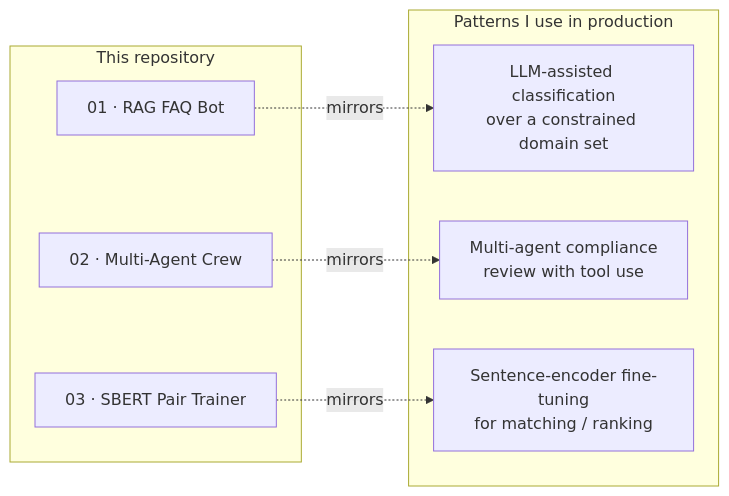
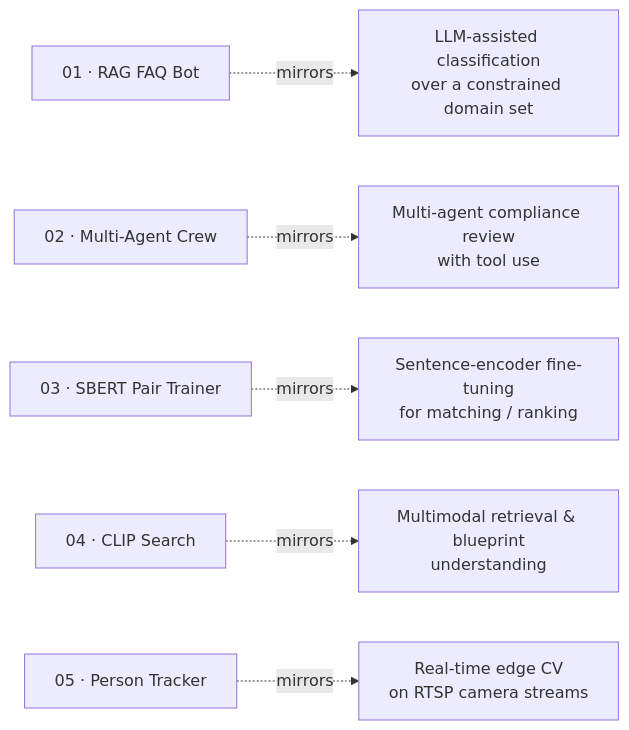
One commit to deepak1212194/ai-related-work changed the diagram in README.md. Above: the diagram before and after it, drawn with Mermaid. The commit also changed other lines of this file and 12 other files, not shown here.

Commit message:
Add CLIP image-text search and person tracker mini; update README to list all 5 projects

````diff
--- a/README.md
+++ b/README.md
@@ -84,18 +73,8 @@
 ```mermaid
 flowchart LR
-    subgraph Portfolio["This repository"]
-      P1[01 · RAG FAQ Bot]
-      P2[02 · Multi-Agent Crew]
-      P3[03 · SBERT Pair Trainer]
-    end
-
-    subgraph Production["Patterns I use in production"]
-      D1[LLM-assisted classification<br/>over a constrained domain set]
-      D2[Multi-agent compliance<br/>review with tool use]
-      D3[Sentence-encoder fine-tuning<br/>for matching / ranking]
-    end
-
-    P1 -.mirrors.-> D1
-    P2 -.mirrors.-> D2
-    P3 -.mirrors.-> D3
+    P1[01 · RAG FAQ Bot] -.mirrors.-> D1[LLM-assisted classification<br/>over a constrained domain set]
+    P2[02 · Multi-Agent Crew] -.mirrors.-> D2[Multi-agent compliance review<br/>with tool use]
+    P3[03 · SBERT Pair Trainer] -.mirrors.-> D3[Sentence-encoder fine-tuning<br/>for matching / ranking]
+    P4[04 · CLIP Search] -.mirrors.-> D4[Multimodal retrieval & blueprint<br/>understanding]
+    P5[05 · Person Tracker] -.mirrors.-> D5[Real-time edge CV<br/>on RTSP camera streams]
 ```
````
